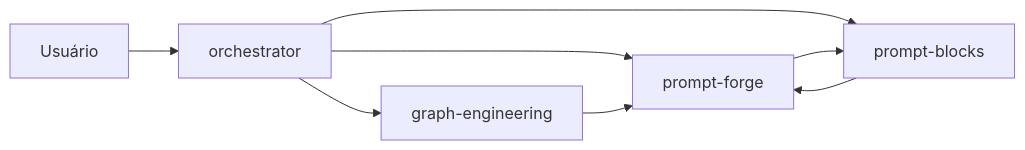
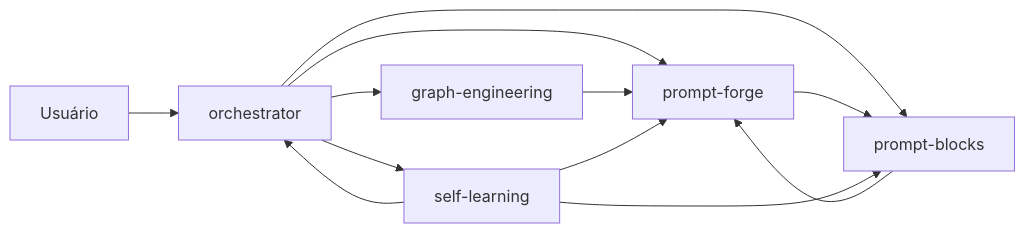
One commit to brenoazvd/azvd-toolkit changed the diagram in README.md. Above: the diagram before and after it, drawn with Mermaid. The commit also changed other lines of this file and 5 other files, not shown here.

Commit message:
self-learning: 5a skill (adaptada de Kulaxyz/self-learning-skills) + auto-atualizacao nas skills + README

````diff
--- a/README.md
+++ b/README.md
@@ -16,10 +17,14 @@
 ```mermaid
 flowchart LR
   U[Usuário] --> O[orchestrator]
   O --> PF[prompt-forge]
   O --> GE[graph-engineering]
   O --> PB[prompt-blocks]
+  O --> SL[self-learning]
   PF --> PB
   GE --> PF
   PB --> PF
+  SL --> PB
+  SL --> PF
+  SL --> O
 ```
````
